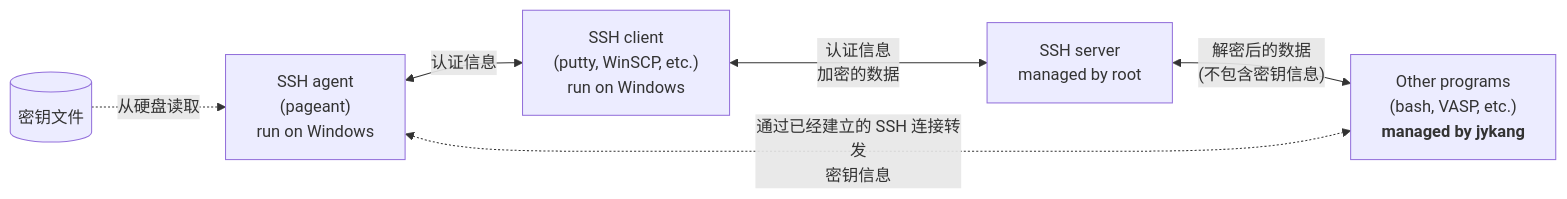
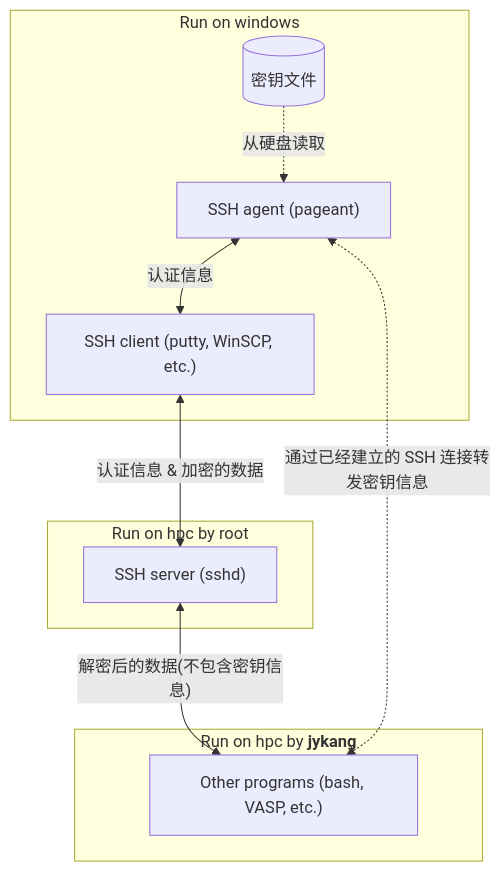
One commit to CHN-beta/hpcstat changed the second of 2 diagrams in doc/setup.md. Above: the diagram before and after it, drawn with Mermaid. The commit also changed other lines of this file, not shown here.

````diff
--- a/doc/setup.md
+++ b/doc/setup.md
@@ -88,8 +96,16 @@
 ```mermaid
-graph LR
-A[(密钥文件)] -.->|从硬盘读取| E["SSH agent \n (pageant) \n run on Windows"]
-E <-->|认证信息| B["SSH client \n (putty, WinSCP, etc.) \n run on Windows"]
-B <--> |认证信息\n加密的数据| C["SSH server \n managed by root"] 
-C <--> |"解密后的数据\n(不包含密钥信息)"| D["Other programs \n (bash, VASP, etc.) \n <b>managed by jykang</b>"] 
-E <-...-> |"通过已经建立的 SSH 连接转发\n密钥信息"| D
+flowchart TB
+   subgraph "Run on windows"
+      A[(密钥文件)] -.->|从硬盘读取| E["SSH agent (pageant)"]
+      E <-->|认证信息| B["SSH client (putty, WinSCP, etc.)"]
+   end
+   subgraph "Run on hpc by root"
+      C["SSH server (sshd)"]
+   end
+   B <--> |"认证信息 & 加密的数据"| C
+   subgraph "Run on hpc by <b>jykang</b>"
+      D["Other programs (bash, VASP, etc.)"] 
+   end
+   C <--> |"解密后的数据(不包含密钥信息)"| D
+   E <-...-> |"通过已经建立的 SSH 连接转发密钥信息"| D
 ```
````
